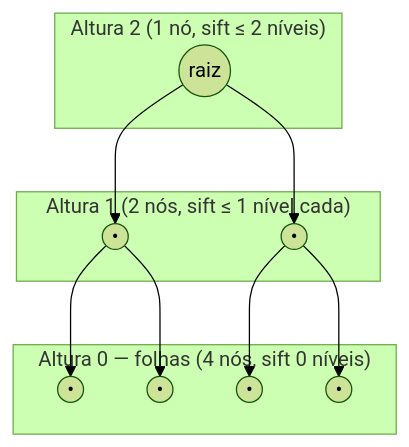
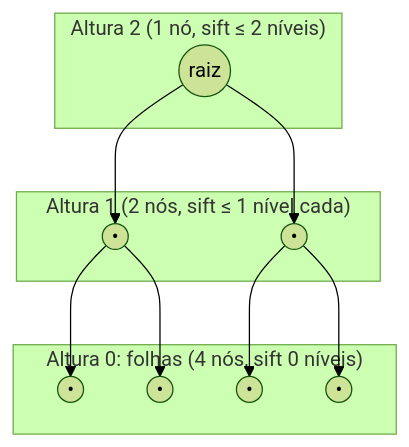
The second of 2 diagrams in backend/src/seed/data/curriculum/algorithms-software/data-structures-ii/content/heapify-building-a-heap-in-linear-time/pt-BR.md (alexcastrodev/my-university), drawn with Mermaid (forest theme) before and after one commit. The commit also changed other lines of this file and 18 other files, not shown here.

````diff
--- a/backend/src/seed/data/curriculum/algorithms-software/data-structures-ii/content/heapify-building-a-heap-in-linear-time/pt-BR.md
+++ b/backend/src/seed/data/curriculum/algorithms-software/data-structures-ii/content/heapify-building-a-heap-in-linear-time/pt-BR.md
@@ -93,22 +93,22 @@
 ```mermaid
 graph TD
     subgraph "Altura 2 (1 nó, sift ≤ 2 níveis)"
         R((raiz))
     end
     subgraph "Altura 1 (2 nós, sift ≤ 1 nível cada)"
         L((•)) 
         Rt((•))
     end
-    subgraph "Altura 0 — folhas (4 nós, sift 0 níveis)"
+    subgraph "Altura 0: folhas (4 nós, sift 0 níveis)"
         A((•))
         B((•))
         C((•))
         D((•))
     end
     R --> L
     R --> Rt
     L --> A
     L --> B
     Rt --> C
     Rt --> D
 ```
````
